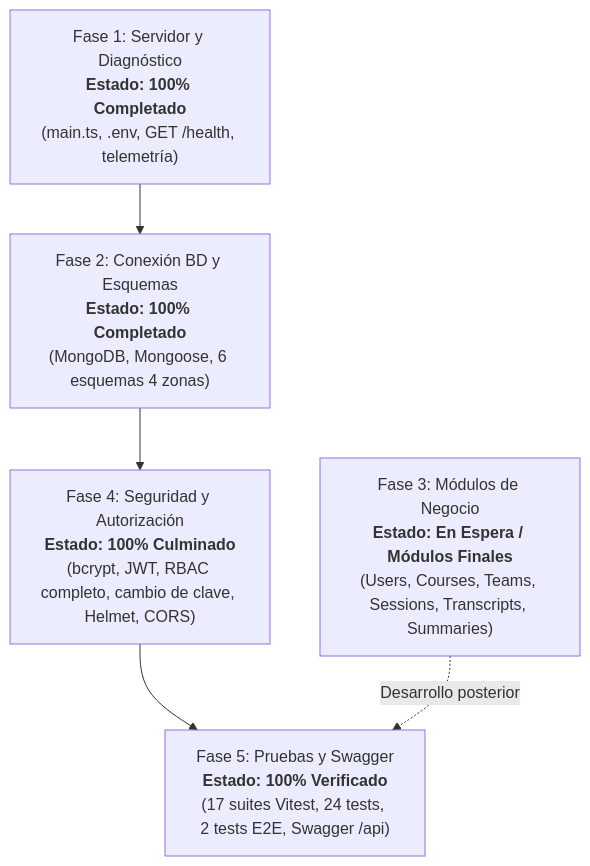
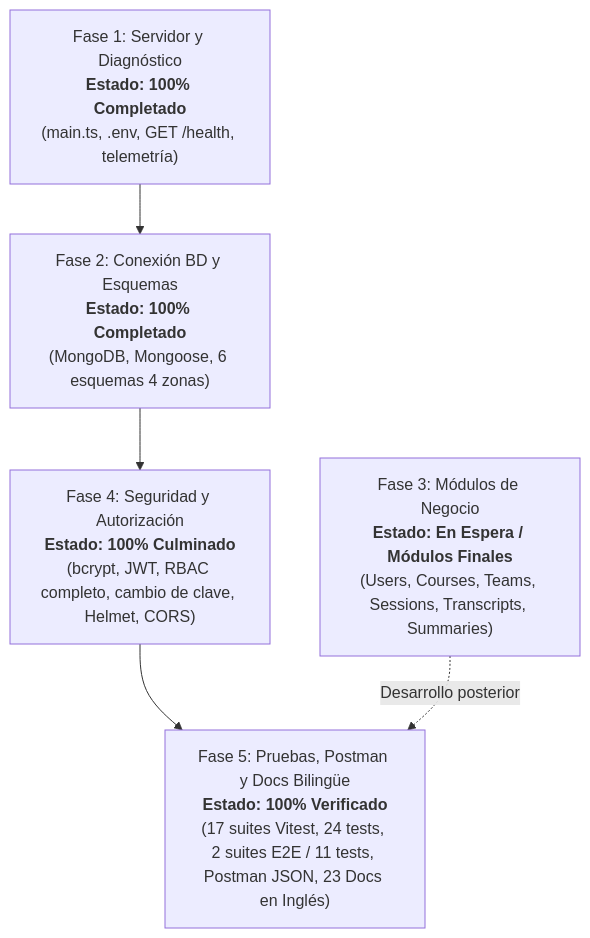
The first of 2 diagrams in sicoco-documentation/SICOCO/20_pre_delivery_backend_consolidation.md (JoseDanielDurango/SICOCO-Project), drawn with Mermaid before and after one commit. The commit also changed other lines of this file and 25 other files, not shown here.

Commit message:
docs: append full English version to all 23 documents, complete Phase 5 E2E tests, Postman collection and Word work plan

````diff
--- a/sicoco-documentation/SICOCO/20_pre_delivery_backend_consolidation.md
+++ b/sicoco-documentation/SICOCO/20_pre_delivery_backend_consolidation.md
@@ -33,11 +34,11 @@
 ```mermaid
 graph TD
     F1["Fase 1: Servidor y Diagnóstico<br><b>Estado: 100% Completado</b><br>(main.ts, .env, GET /health, telemetría)"]
     F2["Fase 2: Conexión BD y Esquemas<br><b>Estado: 100% Completado</b><br>(MongoDB, Mongoose, 6 esquemas 4 zonas)"]
     F3["Fase 3: Módulos de Negocio<br><b>Estado: En Espera / Módulos Finales</b><br>(Users, Courses, Teams, Sessions, Transcripts, Summaries)"]
     F4["Fase 4: Seguridad y Autorización<br><b>Estado: 100% Culminado</b><br>(bcrypt, JWT, RBAC completo, cambio de clave, Helmet, CORS)"]
-    F5["Fase 5: Pruebas y Swagger<br><b>Estado: 100% Verificado</b><br>(17 suites Vitest, 24 tests, 2 tests E2E, Swagger /api)"]
+    F5["Fase 5: Pruebas, Postman y Docs Bilingüe<br><b>Estado: 100% Verificado</b><br>(17 suites Vitest, 24 tests, 2 suites E2E / 11 tests, Postman JSON, 23 Docs en Inglés)"]
 
     F1 --> F2 --> F4 --> F5
     F3 -.->|Desarrollo posterior| F5
 ```
````
